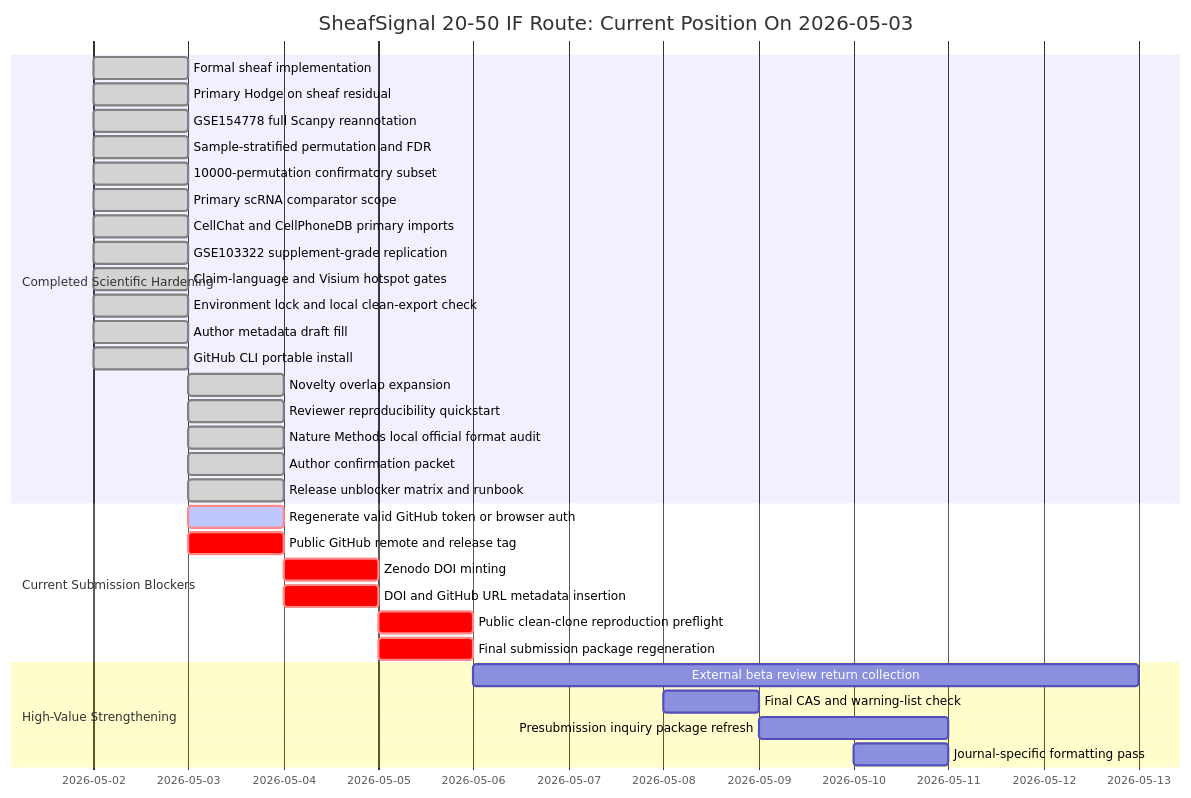
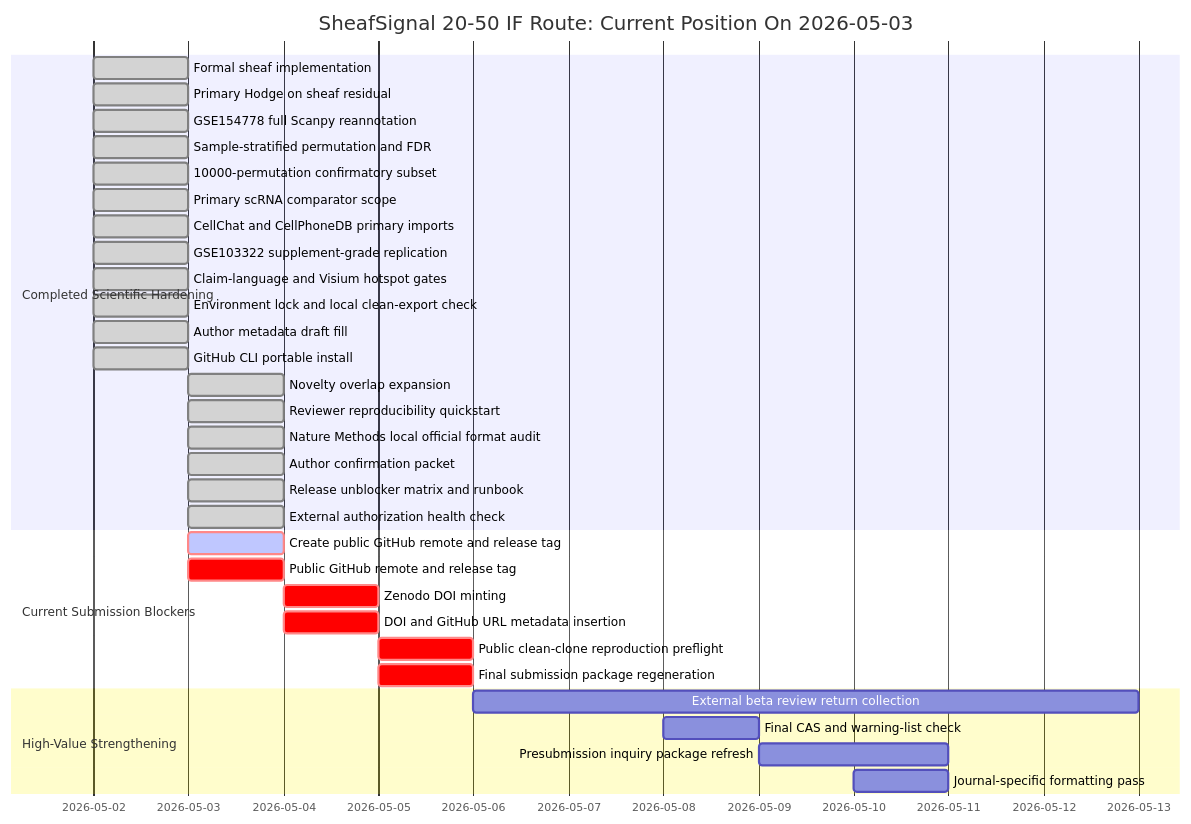
The diagram in manuscript/SHEAFSIGNAL_STATUS_DASHBOARD_2026-05-03.md (healthgreat/SheafSignal), drawn with Mermaid before and after one commit. The commit also changed other lines of this file and 5 other files, not shown here.

Commit message:
Add external release authorization checks

````diff
--- a/manuscript/SHEAFSIGNAL_STATUS_DASHBOARD_2026-05-03.md
+++ b/manuscript/SHEAFSIGNAL_STATUS_DASHBOARD_2026-05-03.md
@@ -100,38 +104,39 @@
 ```mermaid
 gantt
     title SheafSignal 20-50 IF Route: Current Position On 2026-05-03
     dateFormat  YYYY-MM-DD
 
     section Completed Scientific Hardening
     Formal sheaf implementation                    :done, 2026-05-02, 1d
     Primary Hodge on sheaf residual                :done, 2026-05-02, 1d
     GSE154778 full Scanpy reannotation             :done, 2026-05-02, 1d
     Sample-stratified permutation and FDR          :done, 2026-05-02, 1d
     10000-permutation confirmatory subset          :done, 2026-05-02, 1d
     Primary scRNA comparator scope                 :done, 2026-05-02, 1d
     CellChat and CellPhoneDB primary imports       :done, 2026-05-02, 1d
     GSE103322 supplement-grade replication         :done, 2026-05-02, 1d
     Claim-language and Visium hotspot gates        :done, 2026-05-02, 1d
     Environment lock and local clean-export check  :done, 2026-05-02, 1d
     Author metadata draft fill                     :done, 2026-05-02, 1d
     GitHub CLI portable install                    :done, 2026-05-02, 1d
     Novelty overlap expansion                      :done, 2026-05-03, 1d
     Reviewer reproducibility quickstart            :done, 2026-05-03, 1d
     Nature Methods local official format audit     :done, 2026-05-03, 1d
     Author confirmation packet                     :done, 2026-05-03, 1d
     Release unblocker matrix and runbook           :done, 2026-05-03, 1d
+    External authorization health check            :done, 2026-05-03, 1d
 
     section Current Submission Blockers
-    Regenerate valid GitHub token or browser auth  :crit, active, 2026-05-03, 1d
+    Create public GitHub remote and release tag    :crit, active, 2026-05-03, 1d
     Public GitHub remote and release tag           :crit, 2026-05-03, 1d
     Zenodo DOI minting                             :crit, 2026-05-04, 1d
     DOI and GitHub URL metadata insertion          :crit, 2026-05-04, 1d
     Public clean-clone reproduction preflight      :crit, 2026-05-05, 1d
     Final submission package regeneration          :crit, 2026-05-05, 1d
 
     section High-Value Strengthening
     External beta review return collection         :2026-05-06, 7d
     Final CAS and warning-list check               :2026-05-08, 1d
     Presubmission inquiry package refresh          :2026-05-09, 2d
     Journal-specific formatting pass               :2026-05-10, 1d
 ```
````
